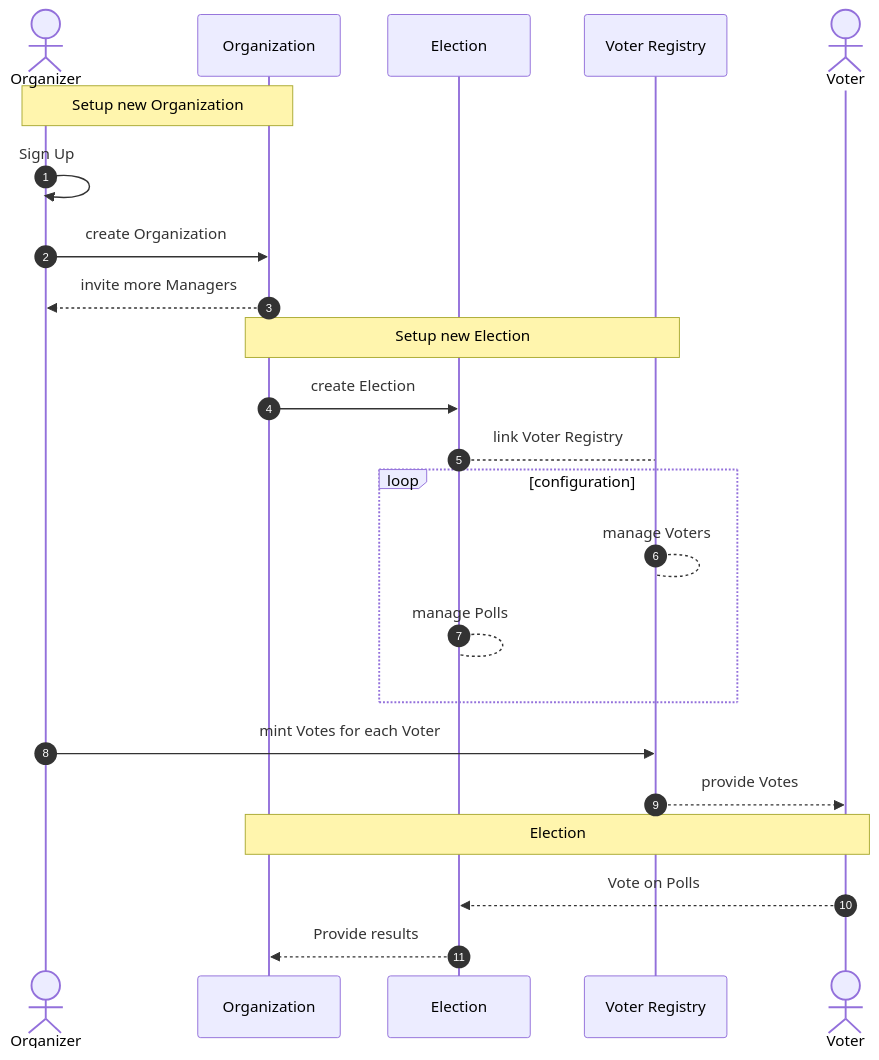
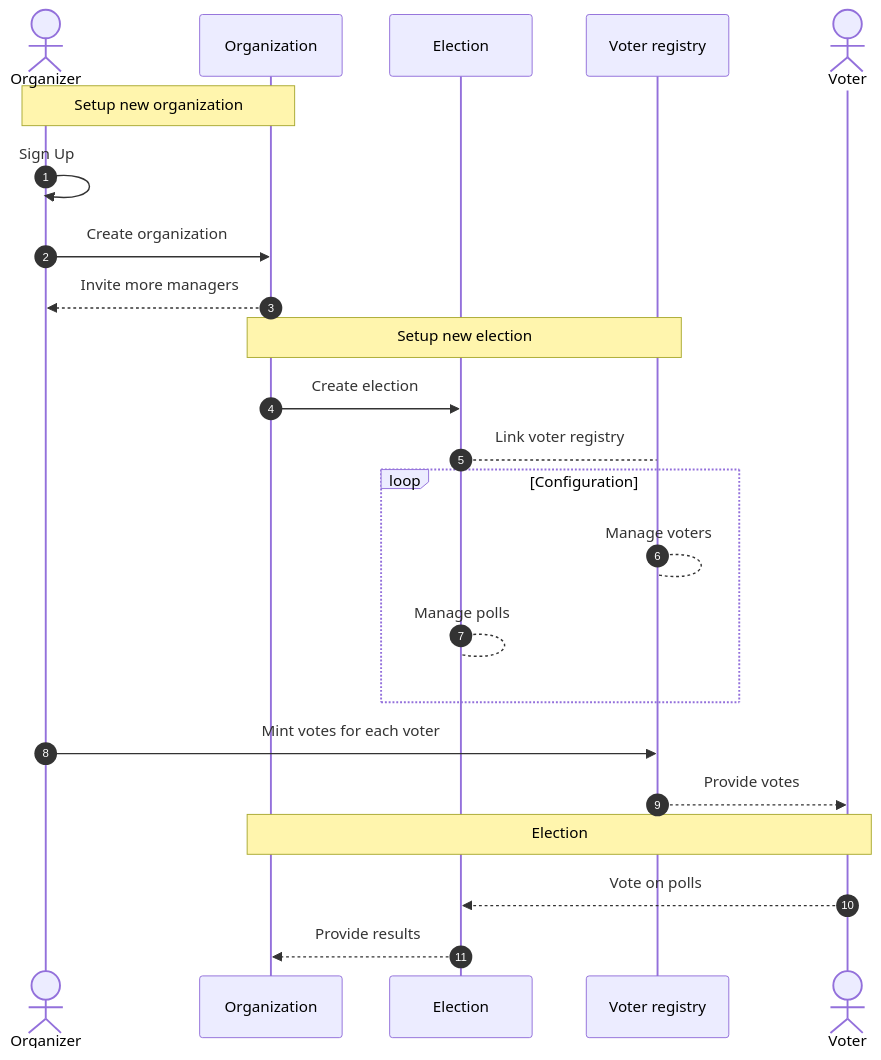
Before and after one commit to vechain/grant-program: the first of 4 diagrams in applications/VOTEOS.md, drawn with Mermaid. The commit also changed other lines of this file, not shown here.

````diff
--- a/applications/VOTEOS.md
+++ b/applications/VOTEOS.md
@@ -64,26 +64,26 @@
 ```mermaid
 sequenceDiagram
     autonumber
     actor Organizer
     participant Organization
     participant Election
-    participant Voter Registry
+    participant Voter registry
     actor Voter
-    Note over Organizer,Organization : Setup new Organization
+    Note over Organizer,Organization : Setup new organization
     Organizer->>Organizer: Sign Up
-    Organizer->>Organization: create Organization
-    Organization-->>Organizer: invite more Managers
-    Note over Organization,Voter Registry: Setup new Election
-    Organization->>Election: create Election
-    Election-->Voter Registry: link Voter Registry
-    loop configuration
-      Voter Registry-->Voter Registry: manage Voters
-      Election-->Election: manage Polls
+    Organizer->>Organization: Create organization
+    Organization-->>Organizer: Invite more managers
+    Note over Organization,Voter registry: Setup new election
+    Organization->>Election: Create election
+    Election-->Voter registry: Link voter registry
+    loop Configuration
+      Voter registry-->Voter registry: Manage voters
+      Election-->Election: Manage polls
     end
-    Organizer->>Voter Registry: mint Votes for each Voter
-    Voter Registry-->>Voter: provide Votes
+    Organizer->>Voter registry: Mint votes for each voter
+    Voter registry-->>Voter: Provide votes
    
     Note over Organization,Voter: Election
-    Voter-->>Election: Vote on Polls
+    Voter-->>Election: Vote on polls
     Election-->>Organization: Provide results
 ```
````
